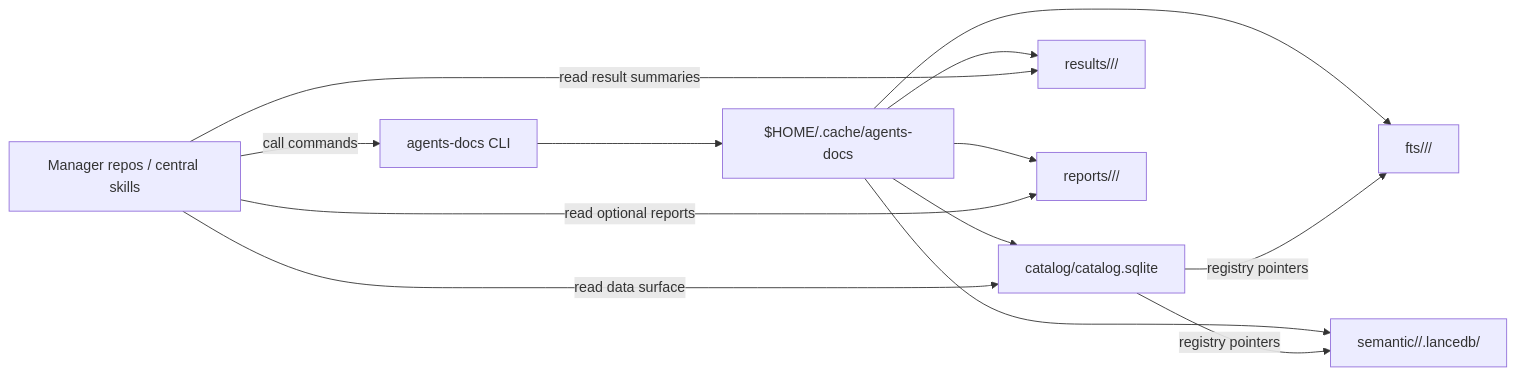
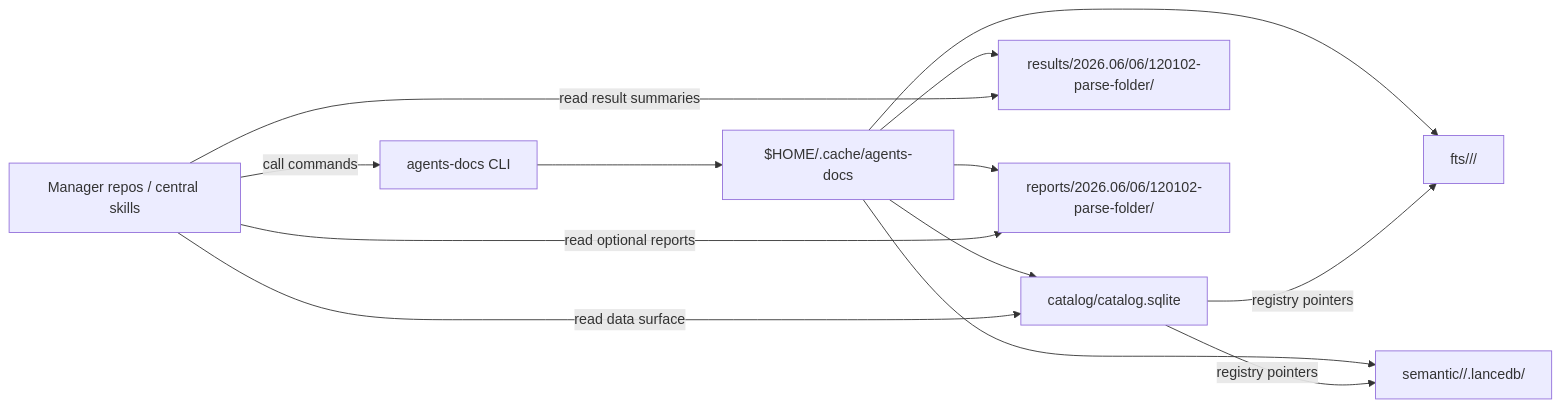
One commit to VectorMind/evidence-engine changed the first of 2 diagrams in README.md. Above: the diagram before and after it, drawn with Mermaid. The commit also changed other lines of this file and 22 other files, not shown here.

````diff
--- a/README.md
+++ b/README.md
@@ -104,15 +137,15 @@
 ```mermaid
 flowchart LR
   A[Manager repos / central skills] -->|call commands| B[agents-docs CLI]
   B --> C[$HOME/.cache/agents-docs]
   C --> D[catalog/catalog.sqlite]
   C --> E[fts/<profile>/<scope_id>/]
   C --> F[semantic/<profile>/<scope_id>.lancedb/]
-  C --> G[results/<date>/<run>/]
-  C --> H[reports/<date>/<run>/]
+  C --> G[results/2026.06/06/120102-parse-folder/]
+  C --> H[reports/2026.06/06/120102-parse-folder/]
   A -->|read data surface| D
   A -->|read result summaries| G
   A -->|read optional reports| H
   D -->|registry pointers| E
   D -->|registry pointers| F
 ```
````
